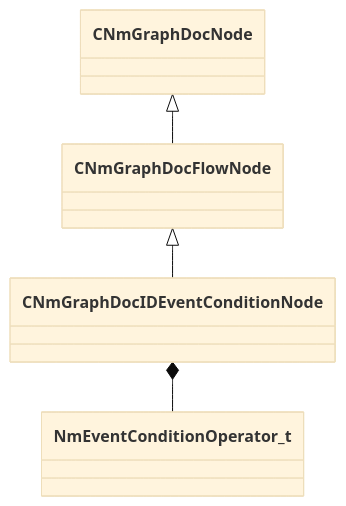
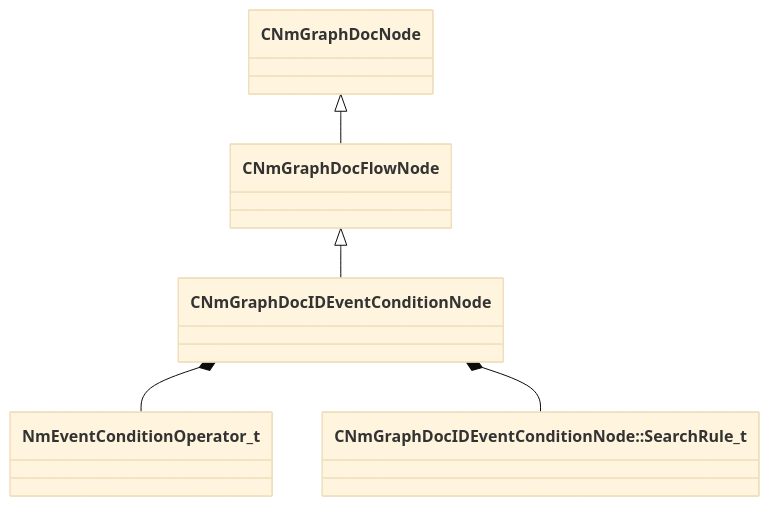
Before and after one commit to CS2OpenDev/CS2OpenDev-Docs: the diagram in docs/generated/schemas/animdoclib/CNmGraphDocIDEventConditionNode.md, drawn with Mermaid (base theme). The commit also changed other lines of this file and 4525 other files, not shown here.

````diff
--- a/docs/generated/schemas/animdoclib/CNmGraphDocIDEventConditionNode.md
+++ b/docs/generated/schemas/animdoclib/CNmGraphDocIDEventConditionNode.md
@@ -17,6 +19,7 @@
 ```mermaid
 classDiagram
     CNmGraphDocFlowNode <|-- CNmGraphDocIDEventConditionNode
     CNmGraphDocNode <|-- CNmGraphDocFlowNode
     CNmGraphDocIDEventConditionNode *-- NmEventConditionOperator_t
+    CNmGraphDocIDEventConditionNode *-- `CNmGraphDocIDEventConditionNode::SearchRule_t`
 ```
````
